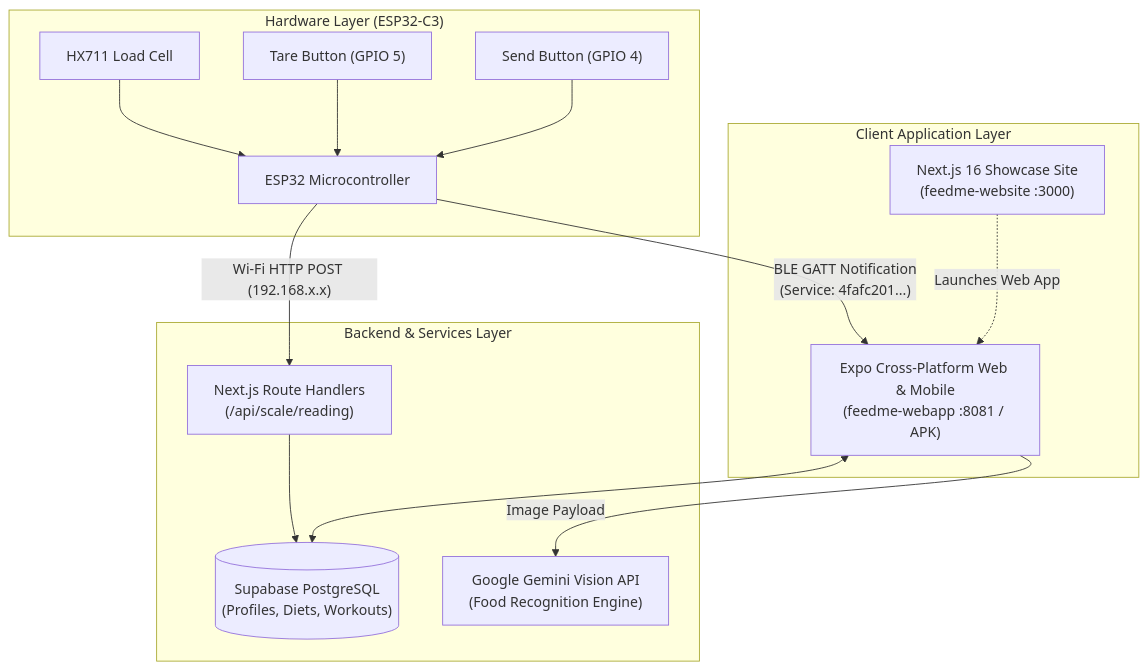
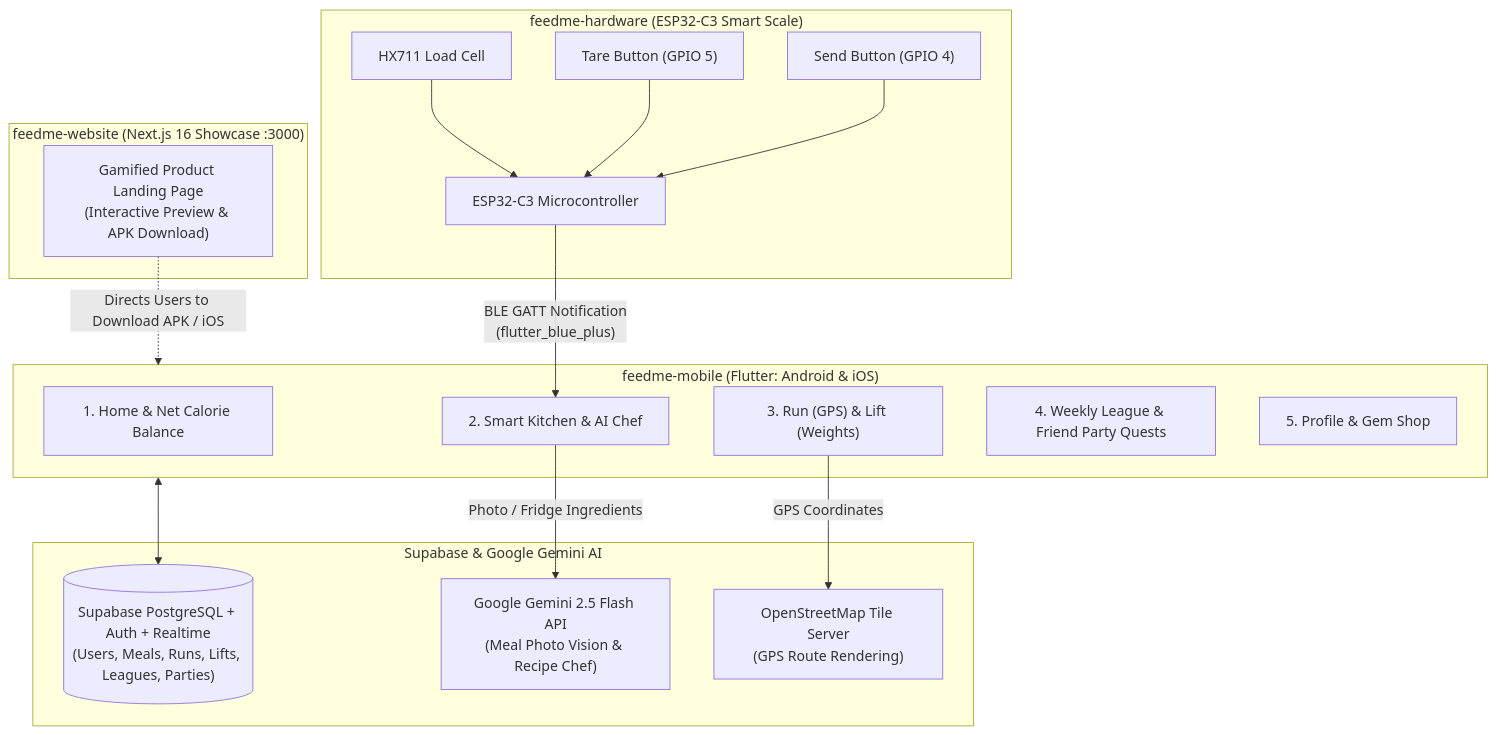
One commit to poatelol-afk/FeedMe changed the first of 2 diagrams in ARCHITECTURE.md. Above: the diagram before and after it, drawn with Mermaid. The commit also changed other lines of this file and 3 other files, not shown here.

Commit message:
refactor(hardware): standardize BLE GATT protocol and firmware specs

````diff
--- a/ARCHITECTURE.md
+++ b/ARCHITECTURE.md
@@ -9,28 +9,32 @@
 ```mermaid
 flowchart TD
-    subgraph IoT_Hardware ["Hardware Layer (ESP32-C3)"]
-        LC["HX711 Load Cell"] --> MCU["ESP32 Microcontroller"]
+    subgraph IoT_Hardware ["feedme-hardware (ESP32-C3 Smart Scale)"]
+        LC["HX711 Load Cell"] --> MCU["ESP32-C3 Microcontroller"]
         BTN_T["Tare Button (GPIO 5)"] --> MCU
         BTN_S["Send Button (GPIO 4)"] --> MCU
     end
 
-    subgraph Client_Applications ["Client Application Layer"]
-        WEB_SITE["Next.js 16 Showcase Site\n(feedme-website :3000)"]
-        WEB_APP["Expo Cross-Platform Web & Mobile\n(feedme-webapp :8081 / APK)"]
+    subgraph Mobile_Client ["feedme-mobile (Flutter: Android & iOS)"]
+        TAB_HOME["1. Home & Net Calorie Balance"]
+        TAB_KITCHEN["2. Smart Kitchen & AI Chef"]
+        TAB_WORKOUT["3. Run (GPS) & Lift (Weights)"]
+        TAB_LEAGUE["4. Weekly League & Friend Party Quests"]
+        TAB_PROFILE["5. Profile & Gem Shop"]
     end
 
-    subgraph Backend_Cloud ["Backend & Services Layer"]
-        API["Next.js Route Handlers\n(/api/scale/reading)"]
-        SB[("Supabase PostgreSQL\n(Profiles, Diets, Workouts)")]
-        AI["Google Gemini Vision API\n(Food Recognition Engine)"]
+    subgraph Promo_Web ["feedme-website (Next.js 16 Showcase :3000)"]
+        LANDING["Gamified Product Landing Page\n(Interactive Preview & APK Download)"]
     end
 
-    MCU -- "BLE GATT Notification\n(Service: 4fafc201...)" --> WEB_APP
-    MCU -- "Wi-Fi HTTP POST (192.168.x.x)" --> API
+    subgraph Cloud_Backend ["Supabase & Google Gemini AI"]
+        SB[("Supabase PostgreSQL + Auth + Realtime\n(Users, Meals, Runs, Lifts, Leagues, Parties)")]
+        AI["Google Gemini 2.5 Flash API\n(Meal Photo Vision & Recipe Chef)"]
+        OSM["OpenStreetMap Tile Server\n(GPS Route Rendering)"]
+    end
 
-    API --> SB
-    WEB_APP <--> SB
-    WEB_SITE -. "Launches Web App" .-> WEB_APP
-
-    WEB_APP -- "Image Payload" --> AI
+    MCU -- "BLE GATT Notification\n(flutter_blue_plus)" --> TAB_KITCHEN
+    TAB_KITCHEN -- "Photo / Fridge Ingredients" --> AI
+    TAB_WORKOUT -- "GPS Coordinates" --> OSM
+    Mobile_Client <--> SB
+    LANDING -. "Directs Users to Download APK / iOS" .-> Mobile_Client
 ```
````
